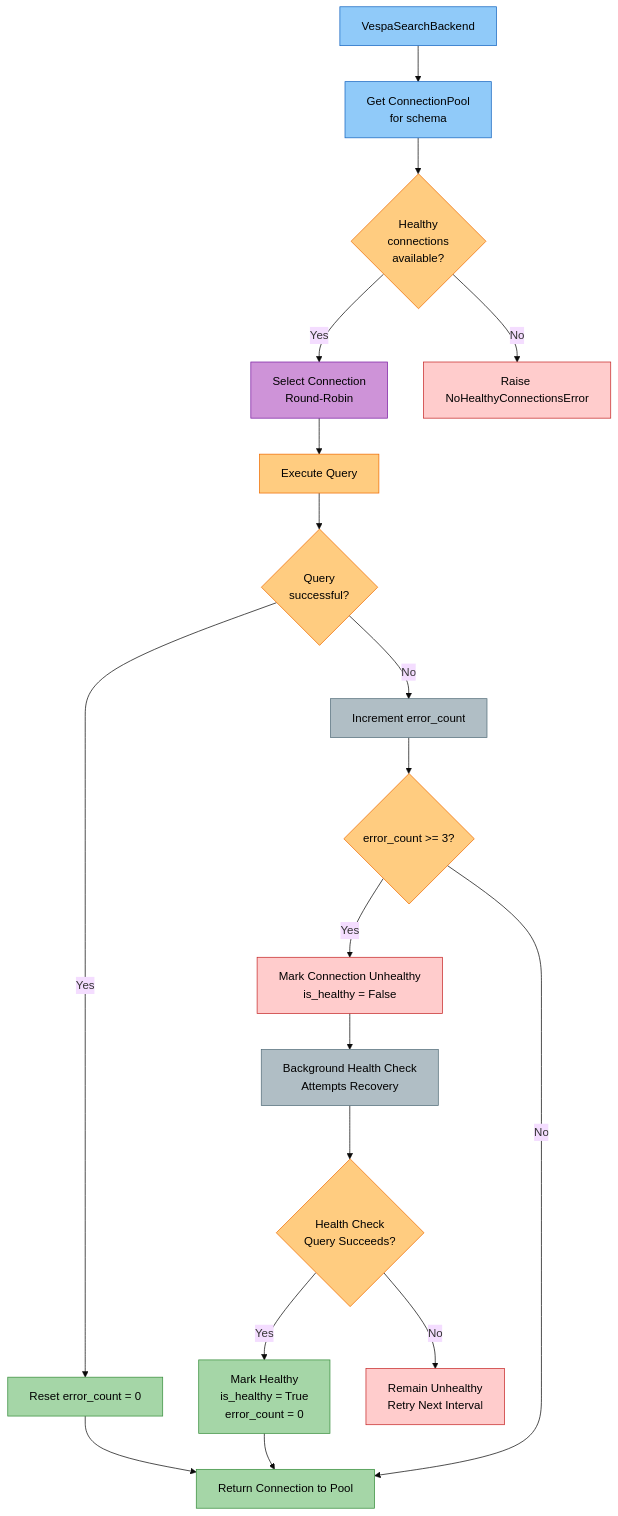
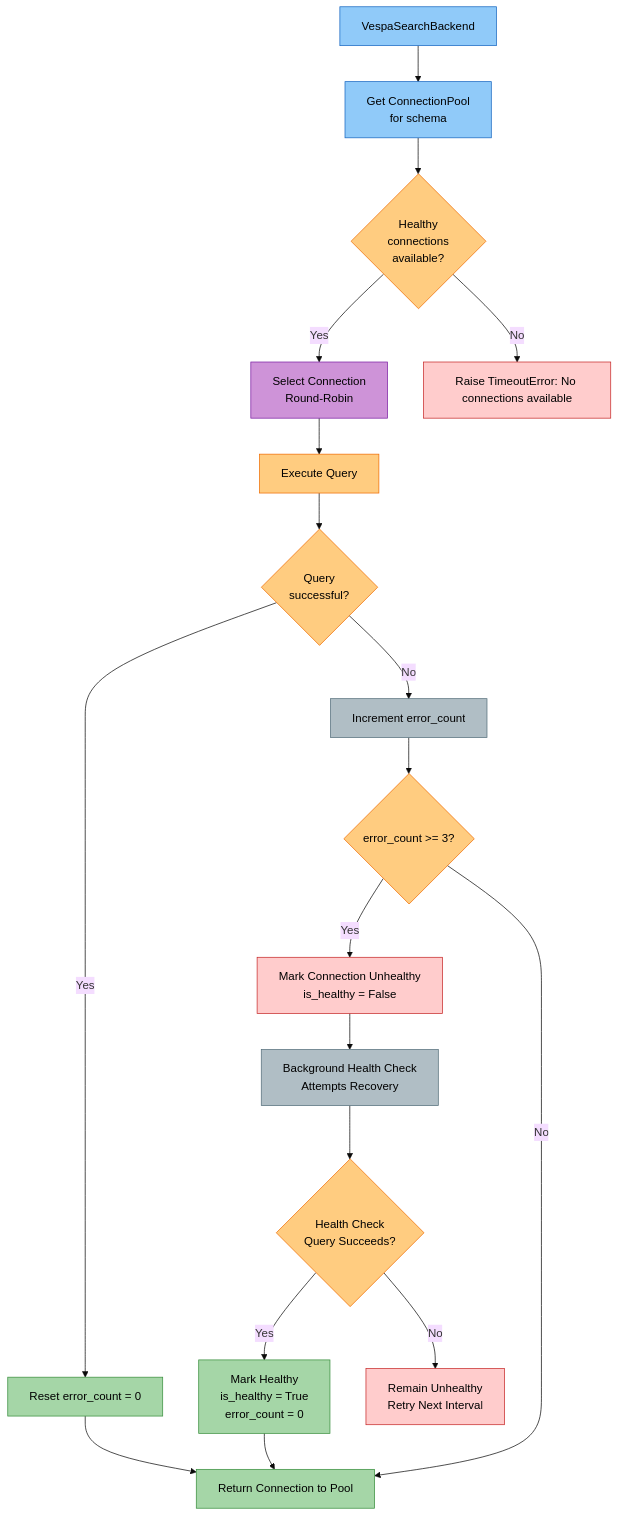
Before and after one commit to amit-jain/cogniverse: the seventh of 9 diagrams in docs/modules/backends.md, drawn with Mermaid (base theme). The commit also changed other lines of this file and 50 other files, not shown here.

````diff
--- a/docs/modules/backends.md
+++ b/docs/modules/backends.md
@@ -901,48 +905,48 @@
 ```mermaid
 flowchart TB
     Backend["<span style='color:#000'>VespaSearchBackend</span>"] --> GetPool["<span style='color:#000'>Get ConnectionPool<br/>for schema</span>"]
 
     GetPool --> CheckHealthy{"<span style='color:#000'>Healthy<br/>connections<br/>available?</span>"}
 
     CheckHealthy -->|Yes| SelectConn["<span style='color:#000'>Select Connection<br/>Round-Robin</span>"]
-    CheckHealthy -->|No| Error["<span style='color:#000'>Raise NoHealthyConnectionsError</span>"]
+    CheckHealthy -->|No| Error["<span style='color:#000'>Raise TimeoutError: No connections available</span>"]
 
     SelectConn --> ExecuteQuery["<span style='color:#000'>Execute Query</span>"]
 
     ExecuteQuery --> QuerySuccess{"<span style='color:#000'>Query<br/>successful?</span>"}
 
     QuerySuccess -->|Yes| ResetErrors["<span style='color:#000'>Reset error_count = 0</span>"]
     QuerySuccess -->|No| IncrementErrors["<span style='color:#000'>Increment error_count</span>"]
 
     IncrementErrors --> CheckThreshold{"<span style='color:#000'>error_count >= 3?</span>"}
 
     CheckThreshold -->|Yes| MarkUnhealthy["<span style='color:#000'>Mark Connection Unhealthy<br/>is_healthy = False</span>"]
     CheckThreshold -->|No| ReturnConn["<span style='color:#000'>Return Connection to Pool</span>"]
 
     MarkUnhealthy --> TriggerRecovery["<span style='color:#000'>Background Health Check<br/>Attempts Recovery</span>"]
 
     TriggerRecovery --> HealthCheckLoop{"<span style='color:#000'>Health Check<br/>Query Succeeds?</span>"}
 
     HealthCheckLoop -->|Yes| RecoverConn["<span style='color:#000'>Mark Healthy<br/>is_healthy = True<br/>error_count = 0</span>"]
     HealthCheckLoop -->|No| StayUnhealthy["<span style='color:#000'>Remain Unhealthy<br/>Retry Next Interval</span>"]
 
     ResetErrors --> ReturnConn
     RecoverConn --> ReturnConn
 
     style Backend fill:#90caf9,stroke:#1565c0,color:#000
     style GetPool fill:#90caf9,stroke:#1565c0,color:#000
     style CheckHealthy fill:#ffcc80,stroke:#ef6c00,color:#000
     style SelectConn fill:#ce93d8,stroke:#7b1fa2,color:#000
     style ExecuteQuery fill:#ffcc80,stroke:#ef6c00,color:#000
     style QuerySuccess fill:#ffcc80,stroke:#ef6c00,color:#000
     style ResetErrors fill:#a5d6a7,stroke:#388e3c,color:#000
     style IncrementErrors fill:#b0bec5,stroke:#546e7a,color:#000
     style CheckThreshold fill:#ffcc80,stroke:#ef6c00,color:#000
     style MarkUnhealthy fill:#ffcccc,stroke:#c62828,color:#000
     style TriggerRecovery fill:#b0bec5,stroke:#546e7a,color:#000
     style HealthCheckLoop fill:#ffcc80,stroke:#ef6c00,color:#000
     style RecoverConn fill:#a5d6a7,stroke:#388e3c,color:#000
     style StayUnhealthy fill:#ffcccc,stroke:#c62828,color:#000
     style ReturnConn fill:#a5d6a7,stroke:#388e3c,color:#000
     style Error fill:#ffcccc,stroke:#c62828,color:#000
 ```
````
